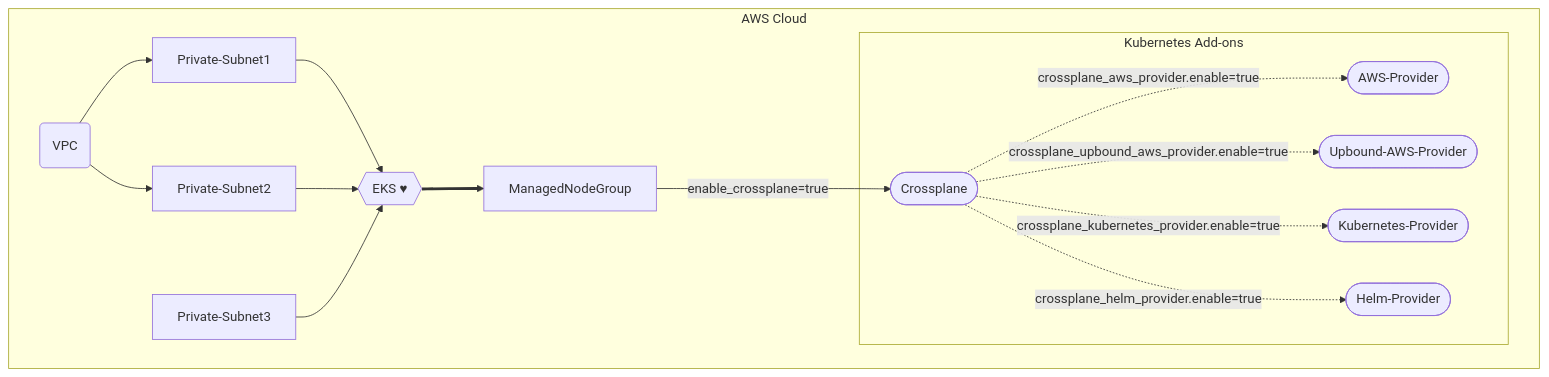
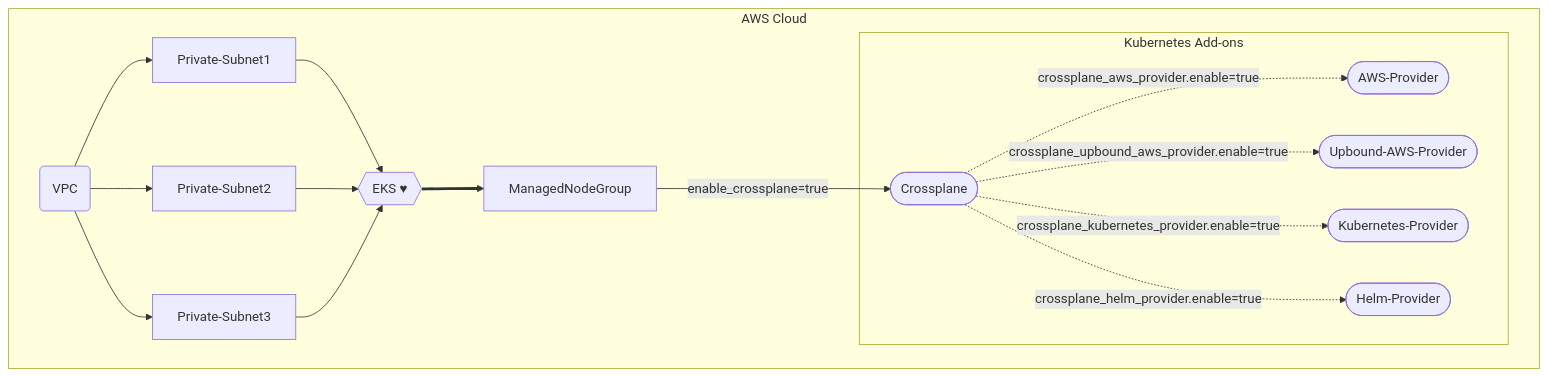
Before and after one commit to awslabs/crossplane-on-eks: the diagram in bootstrap/terraform-fully-private/README.md, drawn with Mermaid. The commit also changed other lines of this file and 10 other files, not shown here.

````diff
--- a/bootstrap/terraform-fully-private/README.md
+++ b/bootstrap/terraform-fully-private/README.md
@@ -14,18 +14,19 @@
 ```mermaid
 graph TD;
     subgraph AWS Cloud
     id1(VPC)-->Private-Subnet1;
     id1(VPC)-->Private-Subnet2;
+    id1(VPC)-->Private-Subnet3;
     Private-Subnet1-->EKS{{"EKS #9829;"}}
     Private-Subnet2-->EKS{{"EKS #9829;"}}
     Private-Subnet3-->EKS{{"EKS #9829;"}}
     EKS==>ManagedNodeGroup;
     ManagedNodeGroup-->|enable_crossplane=true|id2([Crossplane]);
     subgraph Kubernetes Add-ons
     id2([Crossplane])-.->|crossplane_aws_provider.enable=true|id3([AWS-Provider]);
     id2([Crossplane])-.->|crossplane_upbound_aws_provider.enable=true|id4([Upbound-AWS-Provider]);
     id2([Crossplane])-.->|crossplane_kubernetes_provider.enable=true|id5([Kubernetes-Provider]);
     id2([Crossplane])-.->|crossplane_helm_provider.enable=true|id6([Helm-Provider]);
     end
     end
 ```
````
